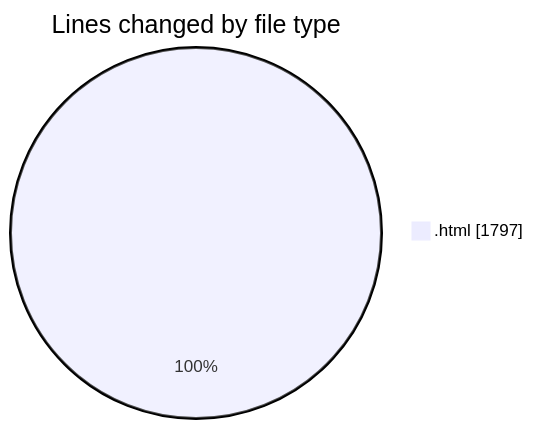
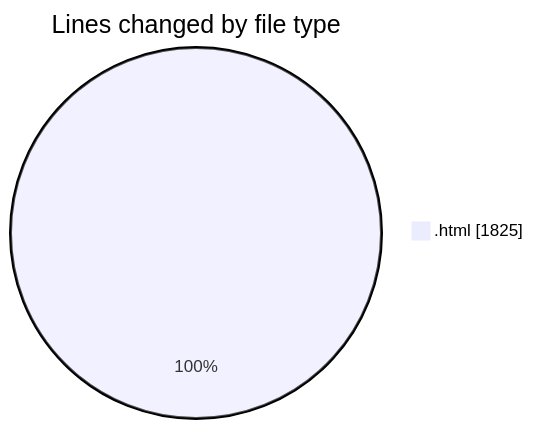
Before and after one commit to Ritupan-Deka/code-tracking: the first of 2 diagrams in 2025-06-17/projects/README.md, drawn with Mermaid. The commit also changed other lines of this file and 1 other file, not shown here.

````diff
--- a/2025-06-17/projects/README.md
+++ b/2025-06-17/projects/README.md
@@ -21,5 +21,5 @@
 ```mermaid
 pie showData
 title Lines changed by file type
-".html" : 1797
+".html" : 1825
 ```
````
